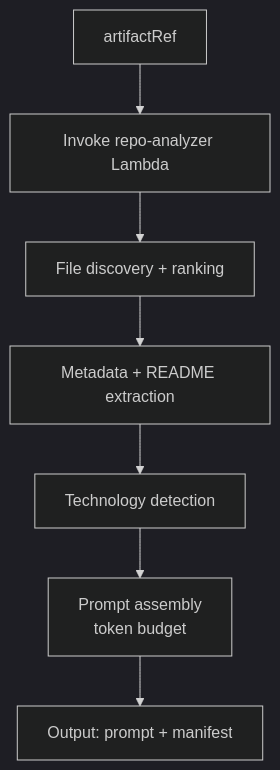
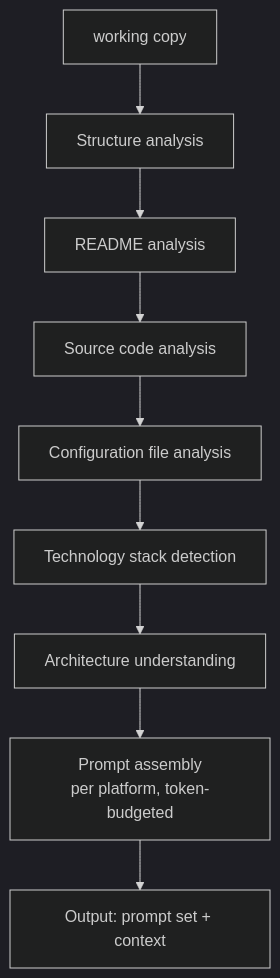
Before and after one commit to teddynted/ai-github-repository-blog-generator: the third of 6 diagrams in docs/workflows.md, drawn with Mermaid (dark theme). The commit also changed other lines of this file and 10 other files, not shown here.

````diff
--- a/docs/workflows.md
+++ b/docs/workflows.md
@@ -67,9 +66,11 @@
 ```mermaid
 flowchart TB
-    A[artifactRef] --> AN[Invoke repo-analyzer Lambda]
-    AN --> F[File discovery + ranking]
-    F --> MD[Metadata + README extraction]
-    MD --> TD[Technology detection]
-    TD --> PB[Prompt assembly<br/>token budget]
-    PB --> O[Output: prompt + manifest]
+    A[working copy] --> ST[Structure analysis]
+    ST --> RD[README analysis]
+    RD --> SR[Source code analysis]
+    SR --> CF[Configuration file analysis]
+    CF --> TD[Technology stack detection]
+    TD --> AR[Architecture understanding]
+    AR --> PB[Prompt assembly<br/>per platform, token-budgeted]
+    PB --> O[Output: prompt set + context]
 ```
````
